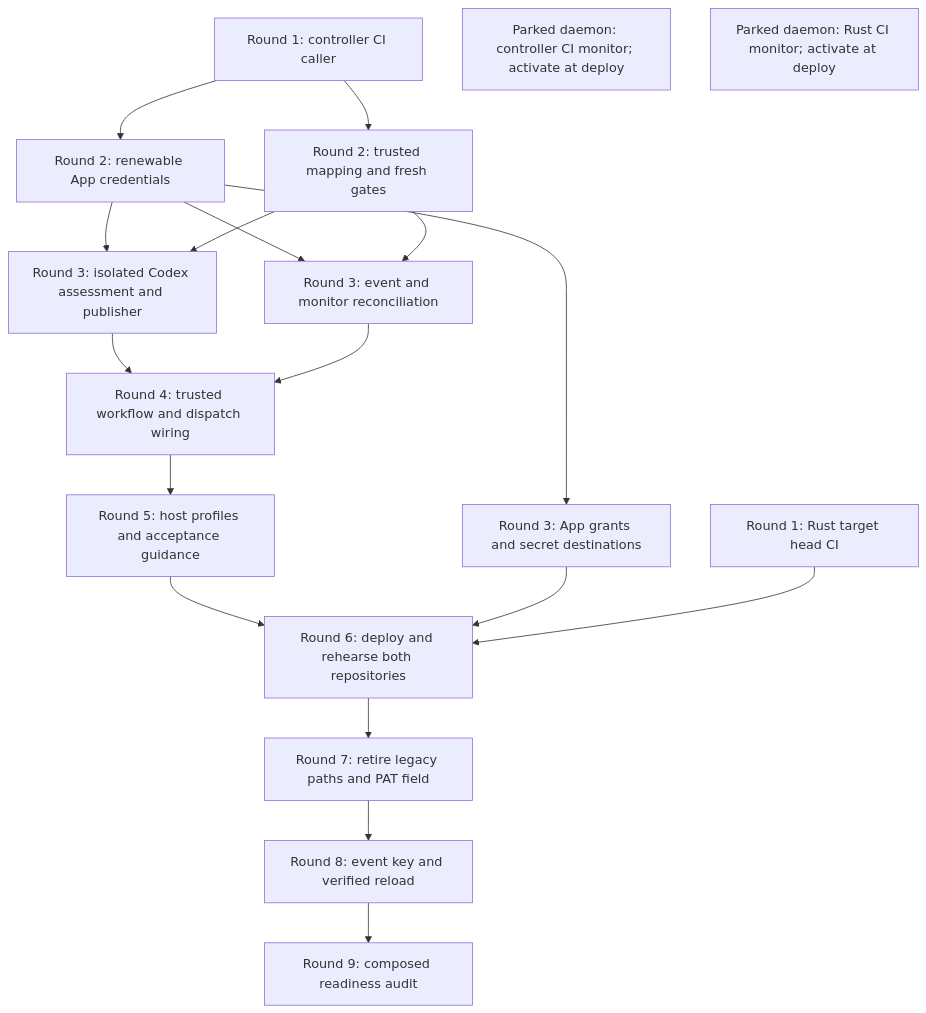
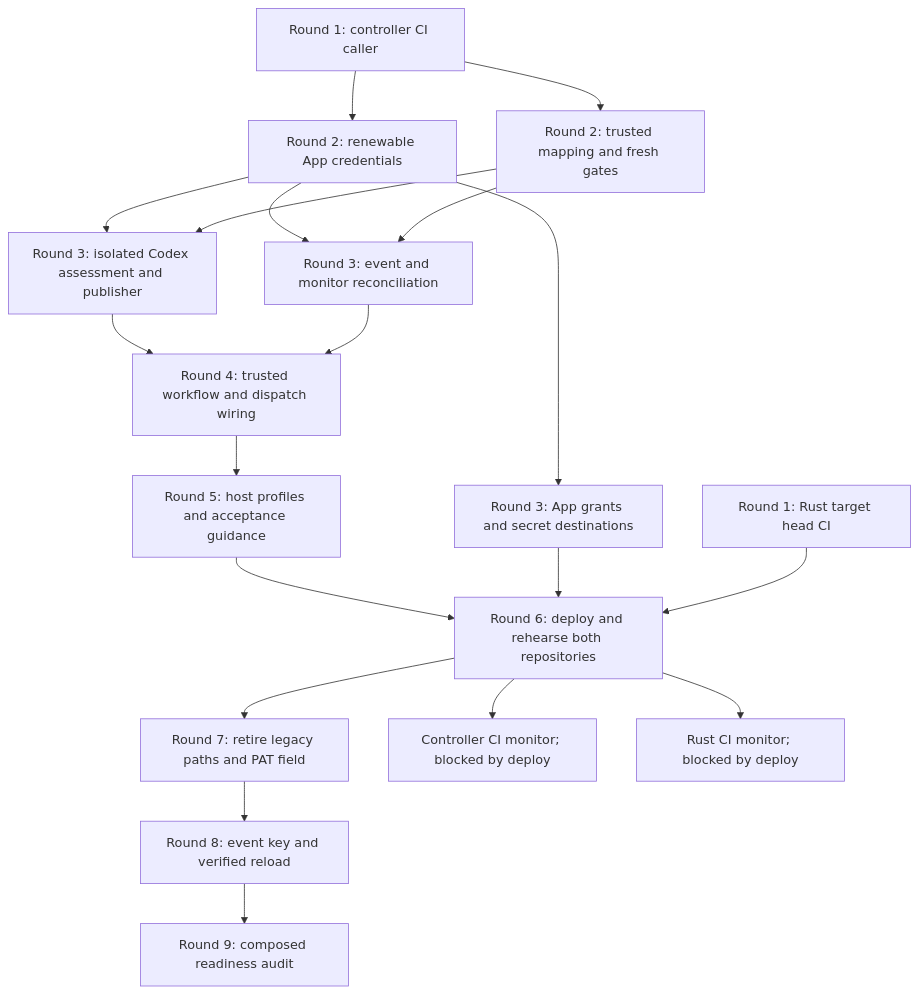
One commit to 1000lines/symphony-example changed the diagram in docs/symphony-plans/fan-out-plan-100-7-hackathon-ready.md. Above: the diagram before and after it, drawn with Mermaid. The commit also changed other lines of this file and 6 other files, not shown here.

````diff
--- a/docs/symphony-plans/fan-out-plan-100-7-hackathon-ready.md
+++ b/docs/symphony-plans/fan-out-plan-100-7-hackathon-ready.md
@@ -80,35 +80,37 @@
 ```mermaid
 %% symphony-dag/v1
 flowchart TD
   CI["Round 1: controller CI caller"]
   APP["Round 2: renewable App credentials"]
   GATE["Round 2: trusted mapping and fresh gates"]
   RUST["Round 1: Rust target head CI"]
   CODEX["Round 3: isolated Codex assessment and publisher"]
   WAIT["Round 3: event and monitor reconciliation"]
   INSTALL["Round 3: App grants and secret destinations"]
   ROUTE["Round 4: trusted workflow and dispatch wiring"]
   GUIDE["Round 5: host profiles and acceptance guidance"]
   DEPLOY["Round 6: deploy and rehearse both repositories"]
   RETIRE["Round 7: retire legacy paths and PAT field"]
   ROTATE["Round 8: event key and verified reload"]
   FINAL["Round 9: composed readiness audit"]
-  MON_CONTROLLER["Parked daemon: controller CI monitor; activate at deploy"]
-  MON_RUST["Parked daemon: Rust CI monitor; activate at deploy"]
+  MON_CONTROLLER["Controller CI monitor; blocked by deploy"]
+  MON_RUST["Rust CI monitor; blocked by deploy"]
   CI --> APP
   CI --> GATE
   APP --> CODEX
   GATE --> CODEX
   APP --> WAIT
   GATE --> WAIT
   APP --> INSTALL
   CODEX --> ROUTE
   WAIT --> ROUTE
   ROUTE --> GUIDE
   GUIDE --> DEPLOY
   INSTALL --> DEPLOY
   RUST --> DEPLOY
   DEPLOY --> RETIRE
   ROTATE --> FINAL
   RETIRE --> ROTATE
+  DEPLOY --> MON_CONTROLLER
+  DEPLOY --> MON_RUST
 ```
````
